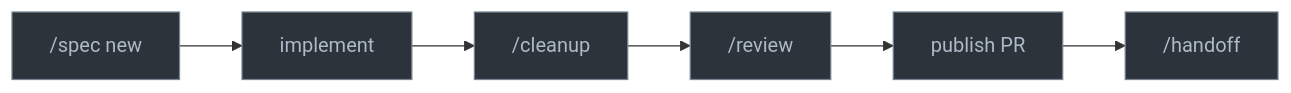
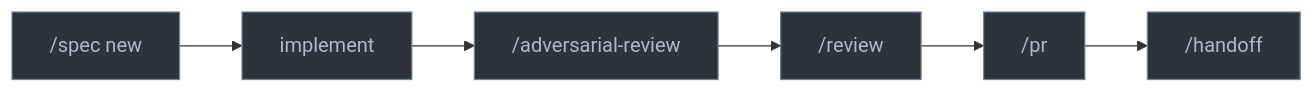
Before and after one commit to kpeez/agent-toolbox: the diagram in README.md, drawn with Mermaid. The commit also changed other lines of this file and 6 other files, not shown here.

First line of the commit message:
feat(ship): add /adversarial-review, /pr, and /ship skills (#16)

````diff
--- a/README.md
+++ b/README.md
@@ -94,15 +96,15 @@
 ```mermaid
 graph LR
   A["/spec new"] --> B["implement"]
-  B --> C["/cleanup"]
+  B --> C["/adversarial-review"]
   C --> D["/review"]
-  D --> E["publish PR"]
+  D --> E["/pr"]
   E --> F["/handoff"]
 
 style A fill:#2d333b,stroke:#768390,color:#adbac7
 style B fill:#2d333b,stroke:#768390,color:#adbac7
 style C fill:#2d333b,stroke:#768390,color:#adbac7
 style D fill:#2d333b,stroke:#768390,color:#adbac7
 style E fill:#2d333b,stroke:#768390,color:#adbac7
 style F fill:#2d333b,stroke:#768390,color:#adbac7
 ```
````
